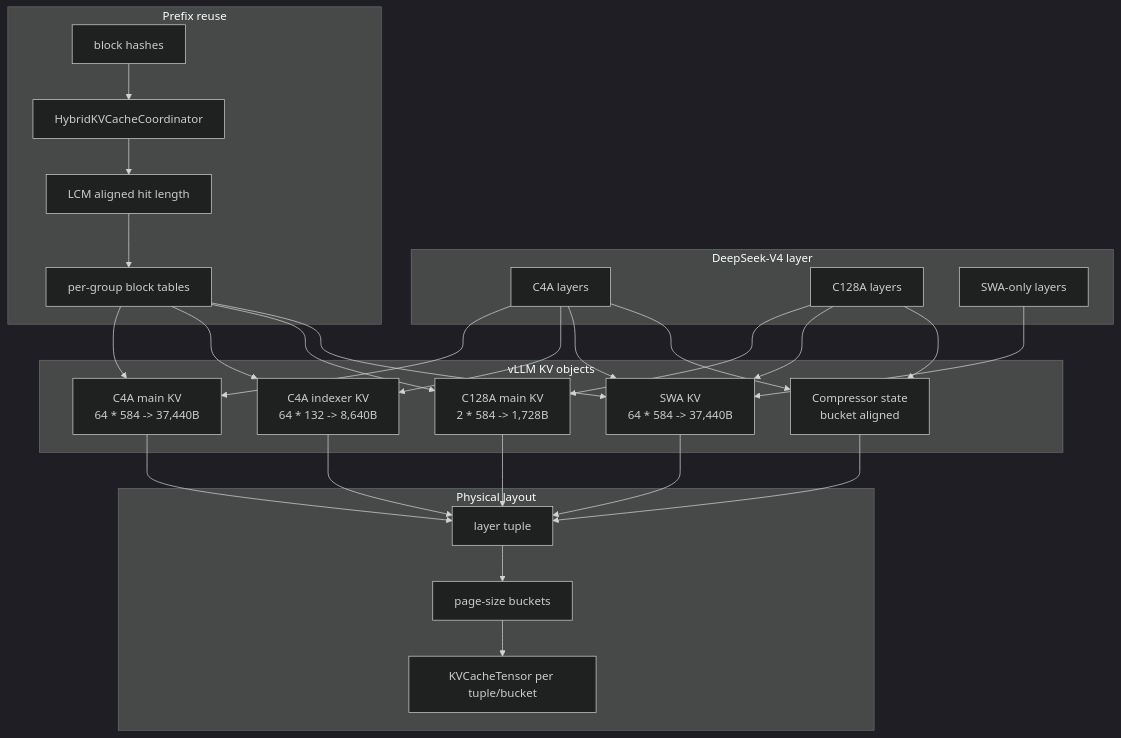
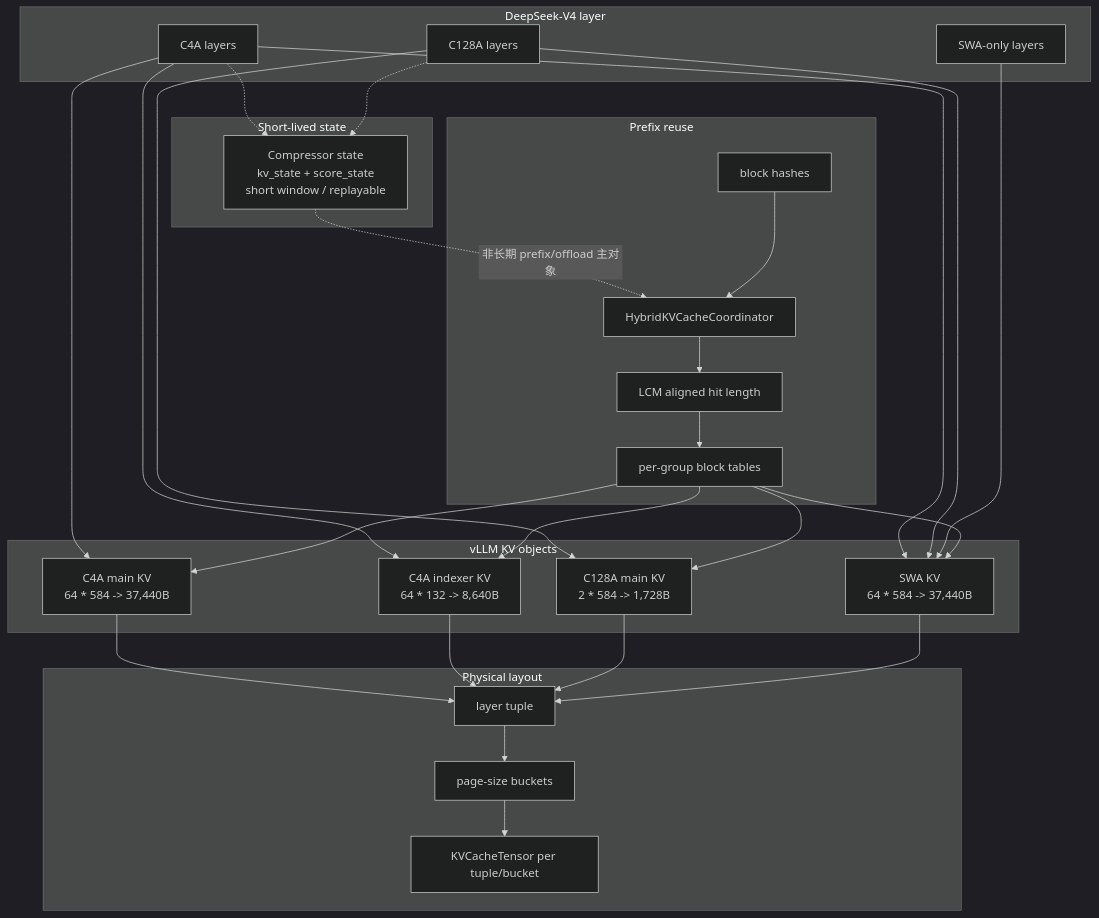
The sixth of 6 diagrams in docs/deepseek-v4-kvcache-decode-scheme-zh.md (bigboywwn/AI_coding), drawn with Mermaid (dark theme) before and after one commit. The commit also changed other lines of this file, not shown here.

Commit message:
docs: clarify DeepSeek V4 compressor state cache

````diff
--- a/docs/deepseek-v4-kvcache-decode-scheme-zh.md
+++ b/docs/deepseek-v4-kvcache-decode-scheme-zh.md
@@ -388,54 +425,57 @@
 ```mermaid
 flowchart TB
     subgraph Model["DeepSeek-V4 layer"]
         C4["C4A layers"]
         C128["C128A layers"]
         S["SWA-only layers"]
     end
 
     subgraph KV["vLLM KV objects"]
         M4["C4A main KV\n64 * 584 -> 37,440B"]
         I4["C4A indexer KV\n64 * 132 -> 8,640B"]
         M128["C128A main KV\n2 * 584 -> 1,728B"]
         SW["SWA KV\n64 * 584 -> 37,440B"]
-        ST["Compressor state\nbucket aligned"]
+    end
+
+    subgraph State["Short-lived state"]
+        ST["Compressor state\nkv_state + score_state\nshort window / replayable"]
     end
 
     subgraph Layout["Physical layout"]
         T["layer tuple"]
         B["page-size buckets"]
         P["KVCacheTensor per tuple/bucket"]
     end
 
     subgraph Prefix["Prefix reuse"]
         H["block hashes"]
         HC["HybridKVCacheCoordinator"]
         LCM["LCM aligned hit length"]
         BT["per-group block tables"]
     end
 
     C4 --> M4
     C4 --> I4
     C4 --> SW
-    C4 --> ST
     C128 --> M128
     C128 --> SW
-    C128 --> ST
     S --> SW
+    C4 -.-> ST
+    C128 -.-> ST
 
     M4 --> T
     I4 --> T
     M128 --> T
     SW --> T
-    ST --> T
     T --> B
     B --> P
+    ST -.->|"非长期 prefix/offload 主对象"| HC
 
     H --> HC
     HC --> LCM
     LCM --> BT
     BT --> M4
     BT --> I4
     BT --> M128
     BT --> SW
 ```
````
